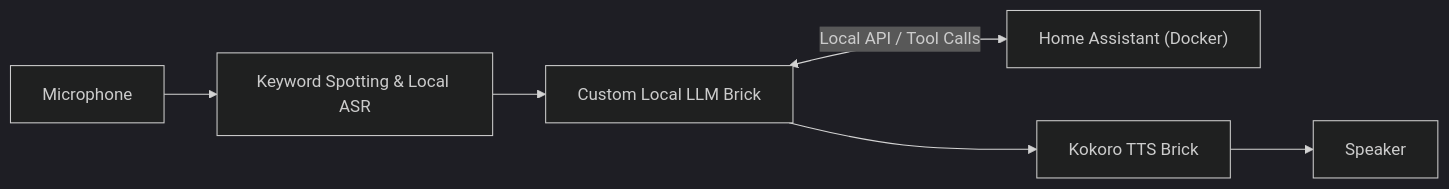
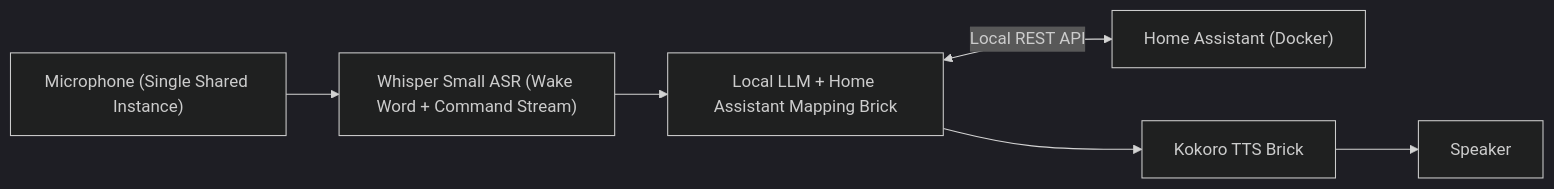
One commit to rcpeters/ventuno_q_voice_home_assistant changed the diagram in PROJECT_REQUIREMENTS.md. Above: the diagram before and after it, drawn with Mermaid (dark theme). The commit also changed other lines of this file and 4 other files, not shown here.

Commit message:
remove keyword spotting use whispersmall instead

````diff
--- a/PROJECT_REQUIREMENTS.md
+++ b/PROJECT_REQUIREMENTS.md
@@ -20,8 +21,8 @@
 ```mermaid
 flowchart LR
-    Mic["Microphone"] --> WakeASR["Keyword Spotting & Local ASR"]
-    WakeASR --> LLM["Custom Local LLM Brick"]
-    LLM <-->|Local API / Tool Calls| HA["Home Assistant (Docker)"]
+    Mic["Microphone (Single Shared Instance)"] --> WakeASR["Whisper Small ASR (Wake Word + Command Stream)"]
+    WakeASR --> LLM["Local LLM + Home Assistant Mapping Brick"]
+    LLM <-->|Local REST API| HA["Home Assistant (Docker)"]
     LLM --> TTS["Kokoro TTS Brick"]
     TTS --> Speaker["Speaker"]
 ```
````
